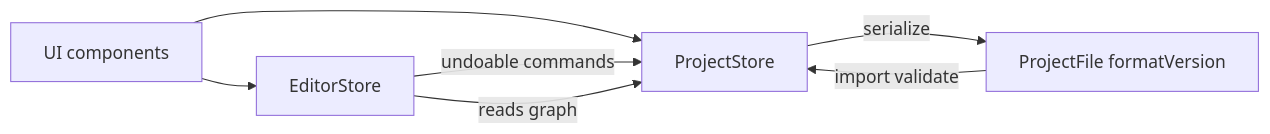
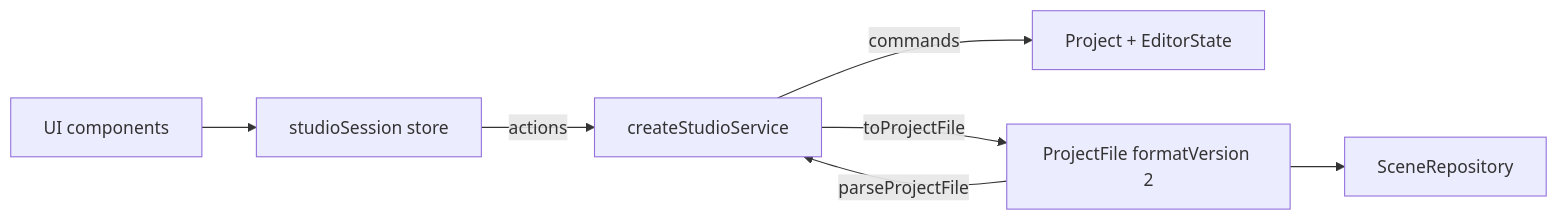
The third of 6 diagrams in .ai/docs/architecture/diagrams.md (Moonbase-Systems/moonbase-studio-web), drawn with Mermaid before and after one commit. The commit also changed other lines of this file and 6 other files, not shown here.

First line of the commit message:
docs(studio): align architecture notes with studioSession

````diff
--- a/.ai/docs/architecture/diagrams.md
+++ b/.ai/docs/architecture/diagrams.md
@@ -70,9 +70,9 @@
 ```mermaid
 flowchart LR
-  UI["UI components"] --> EditorStore
-  UI --> ProjectStore
-  EditorStore -->|"undoable commands"| ProjectStore
-  EditorStore -->|"reads graph"| ProjectStore
-  ProjectStore -->|"serialize"| ProjectFile["ProjectFile formatVersion"]
-  ProjectFile -->|"import validate"| ProjectStore
+  UI["UI components"] --> Session["studioSession store"]
+  Session -->|"actions"| Service["createStudioService"]
+  Service -->|"commands"| Project["Project + EditorState"]
+  Service -->|"toProjectFile"| ProjectFile["ProjectFile formatVersion 2"]
+  ProjectFile -->|"parseProjectFile"| Service
+  ProjectFile --> Repository["SceneRepository"]
 ```
````
